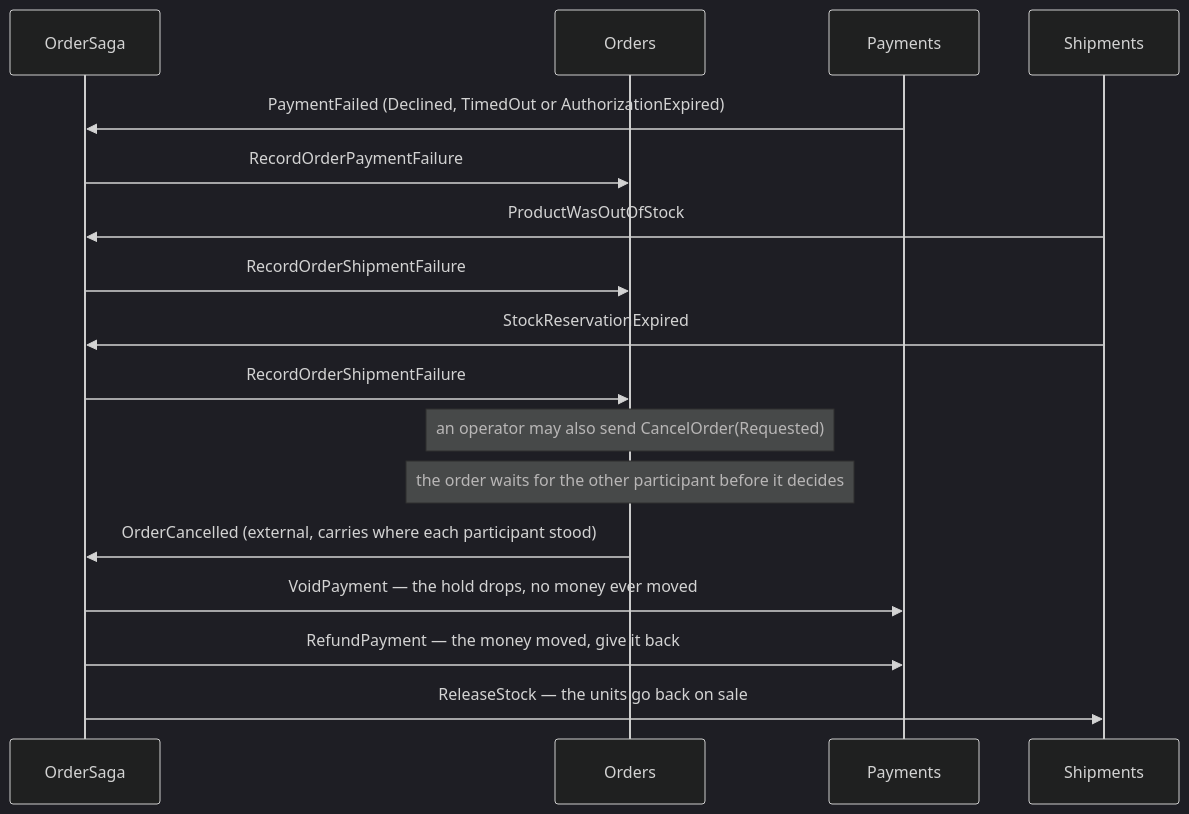
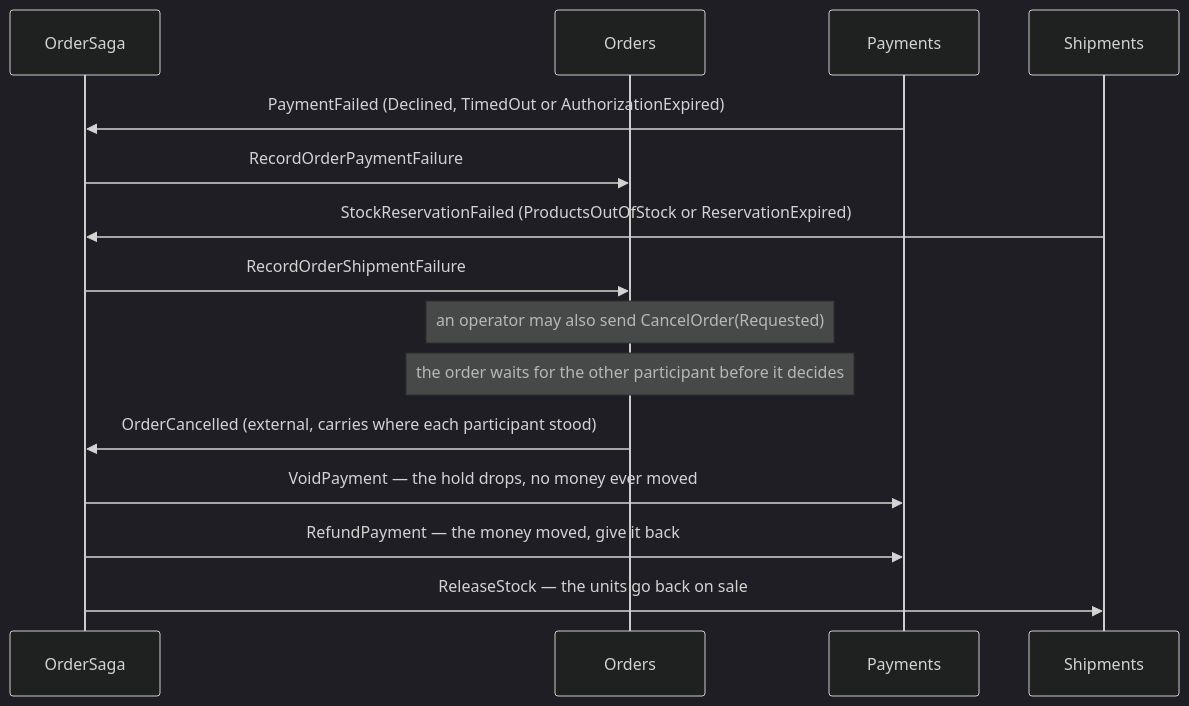
The fourth of 4 diagrams in samples/distributed-processes/README.md (oskardudycz/EventSourcing.JVM), drawn with Mermaid (dark theme) before and after one commit. The commit also changed other lines of this file and 43 other files, not shown here.

````diff
--- a/samples/distributed-processes/README.md
+++ b/samples/distributed-processes/README.md
@@ -292,20 +293,18 @@
 ```mermaid
 sequenceDiagram
     participant Saga as OrderSaga
     participant Order as Orders
     participant Pay as Payments
     participant Ship as Shipments
 
     Pay->>Saga: PaymentFailed (Declined, TimedOut or AuthorizationExpired)
     Saga->>Order: RecordOrderPaymentFailure
-    Ship->>Saga: ProductWasOutOfStock
-    Saga->>Order: RecordOrderShipmentFailure
-    Ship->>Saga: StockReservationExpired
+    Ship->>Saga: StockReservationFailed (ProductsOutOfStock or ReservationExpired)
     Saga->>Order: RecordOrderShipmentFailure
     Note over Order: an operator may also send CancelOrder(Requested)
     Note over Order: the order waits for the other participant before it decides
     Order->>Saga: OrderCancelled (external, carries where each participant stood)
     Saga->>Pay: VoidPayment — the hold drops, no money ever moved
     Saga->>Pay: RefundPayment — the money moved, give it back
     Saga->>Ship: ReleaseStock — the units go back on sale
 ```
````
